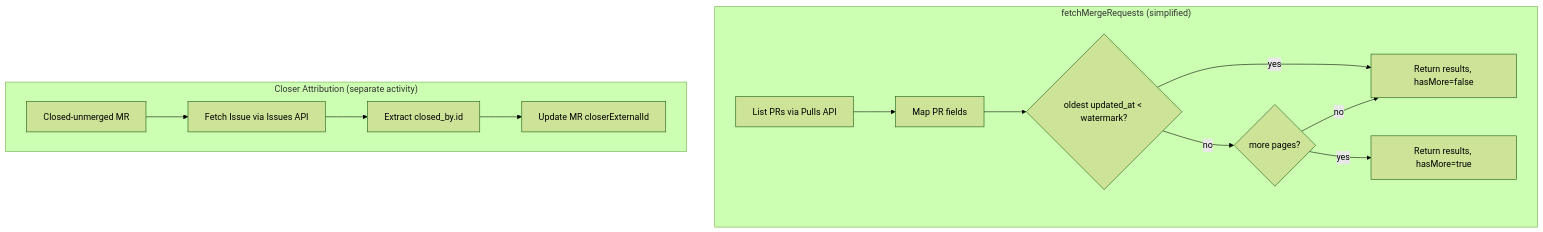
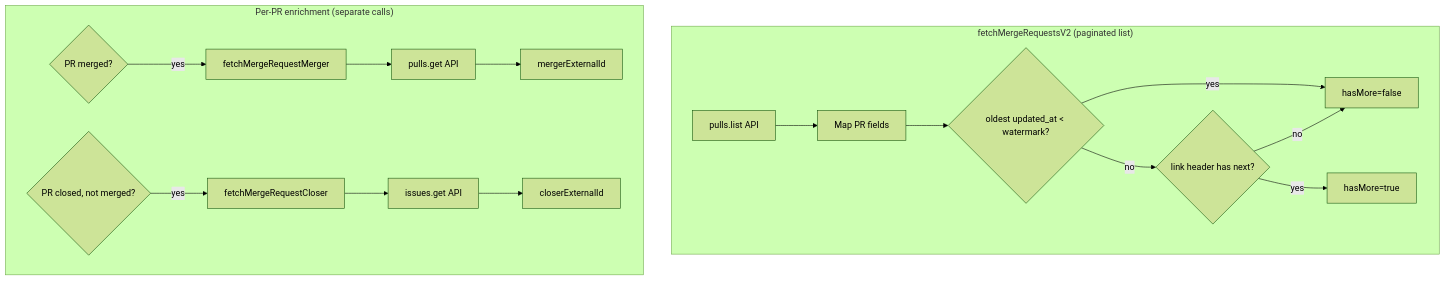
One commit to dxta-dev/pipeline changed the diagram in lode/plans/github-pr-sync-migration.md. Above: the diagram before and after it, drawn with Mermaid (forest theme). The commit also changed other lines of this file and 1 other file, not shown here.

````diff
--- a/lode/plans/github-pr-sync-migration.md
+++ b/lode/plans/github-pr-sync-migration.md
@@ -135,17 +128,21 @@
 ```mermaid
 flowchart TD
-  subgraph "fetchMergeRequests (simplified)"
-    pulls[List PRs via Pulls API] --> map[Map PR fields]
+  subgraph "fetchMergeRequestsV2 (paginated list)"
+    pulls[pulls.list API] --> map[Map PR fields]
     map --> check{oldest updated_at < watermark?}
-    check -->|yes| stop[Return results, hasMore=false]
-    check -->|no| more{more pages?}
-    more -->|yes| next[Return results, hasMore=true]
+    check -->|yes| stop[hasMore=false]
+    check -->|no| more{link header has next?}
+    more -->|yes| next[hasMore=true]
     more -->|no| stop
   end
 
-  subgraph "Closer Attribution (separate activity)"
-    mr[Closed-unmerged MR] --> issues[Fetch Issue via Issues API]
-    issues --> closer[Extract closed_by.id]
-    closer --> update[Update MR closerExternalId]
+  subgraph "Per-PR enrichment (separate calls)"
+    merged{PR merged?} -->|yes| merger[fetchMergeRequestMerger]
+    merger --> pullsGet[pulls.get API]
+    pullsGet --> mergerExternalId
+
+    closed{PR closed, not merged?} -->|yes| closer[fetchMergeRequestCloser]
+    closer --> issuesGet[issues.get API]
+    issuesGet --> closerExternalId
   end
 ```
````
